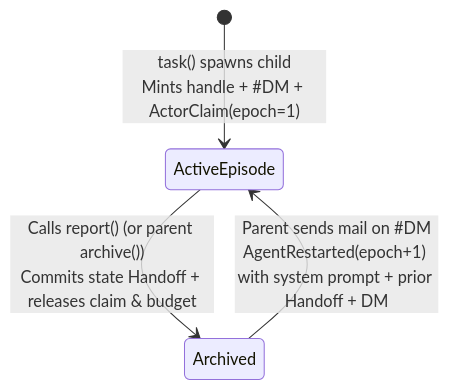
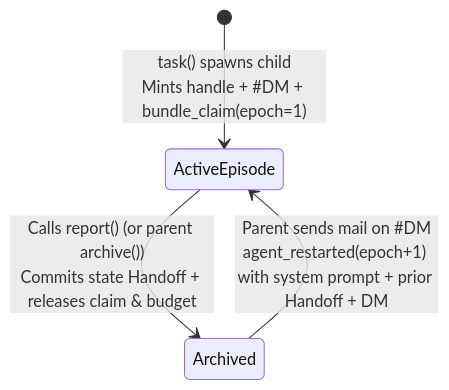
Before and after one commit to anyin233/hya: the diagram in docs/architecture/engine-and-subagents.md, drawn with Mermaid. The commit also changed other lines of this file and 29 other files, not shown here.

````diff
--- a/docs/architecture/engine-and-subagents.md
+++ b/docs/architecture/engine-and-subagents.md
@@ -21,6 +21,6 @@
 ```mermaid
 stateDiagram-v2
-    [*] --> ActiveEpisode: task() spawns child<br/>Mints handle + #DM + ActorClaim(epoch=1)
+    [*] --> ActiveEpisode: task() spawns child<br/>Mints handle + #DM + bundle_claim(epoch=1)
     ActiveEpisode --> Archived: Calls report() (or parent archive())<br/>Commits state Handoff + releases claim & budget
-    Archived --> ActiveEpisode: Parent sends mail on #DM<br/>AgentRestarted(epoch+1) with system prompt + prior Handoff + DM
+    Archived --> ActiveEpisode: Parent sends mail on #DM<br/>agent_restarted(epoch+1) with system prompt + prior Handoff + DM
 ```
````
